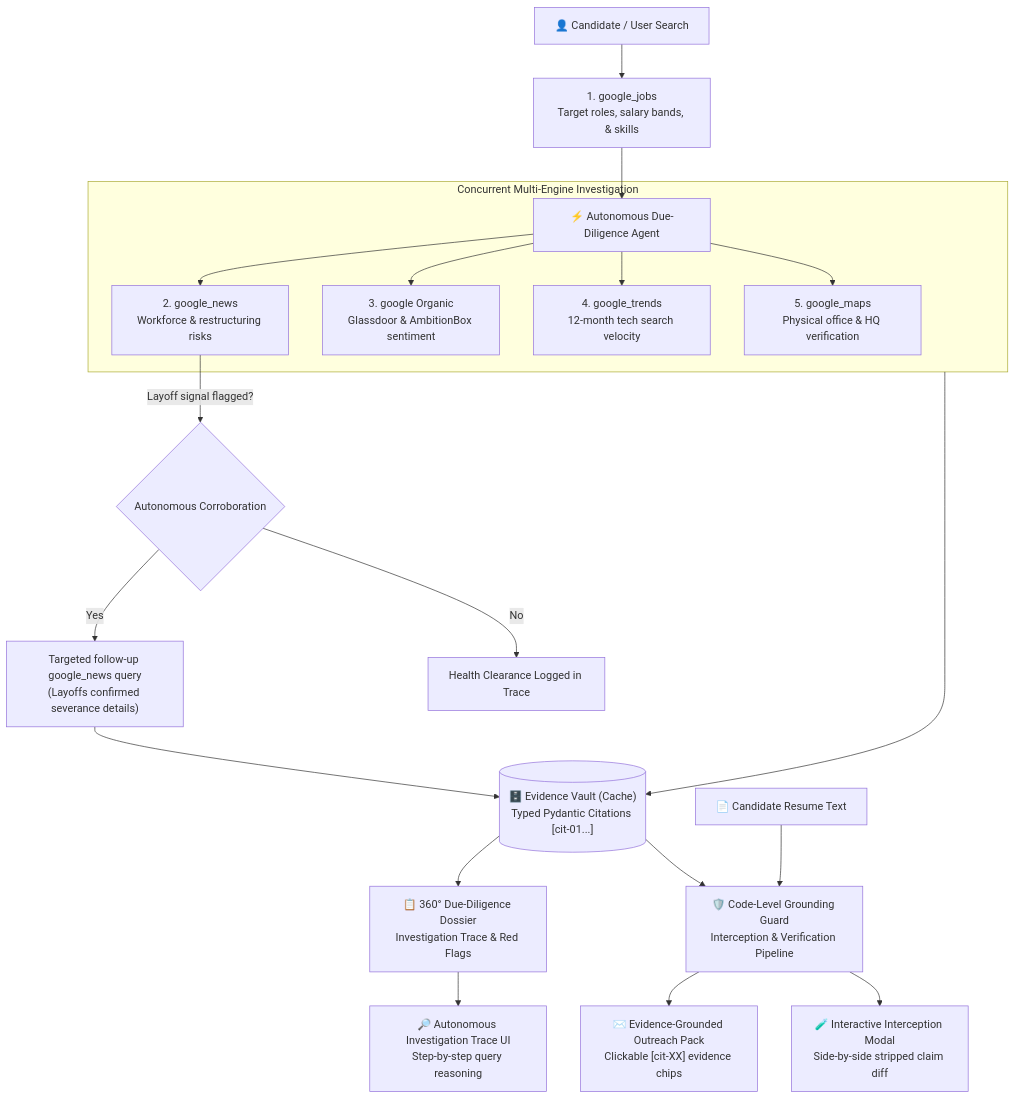
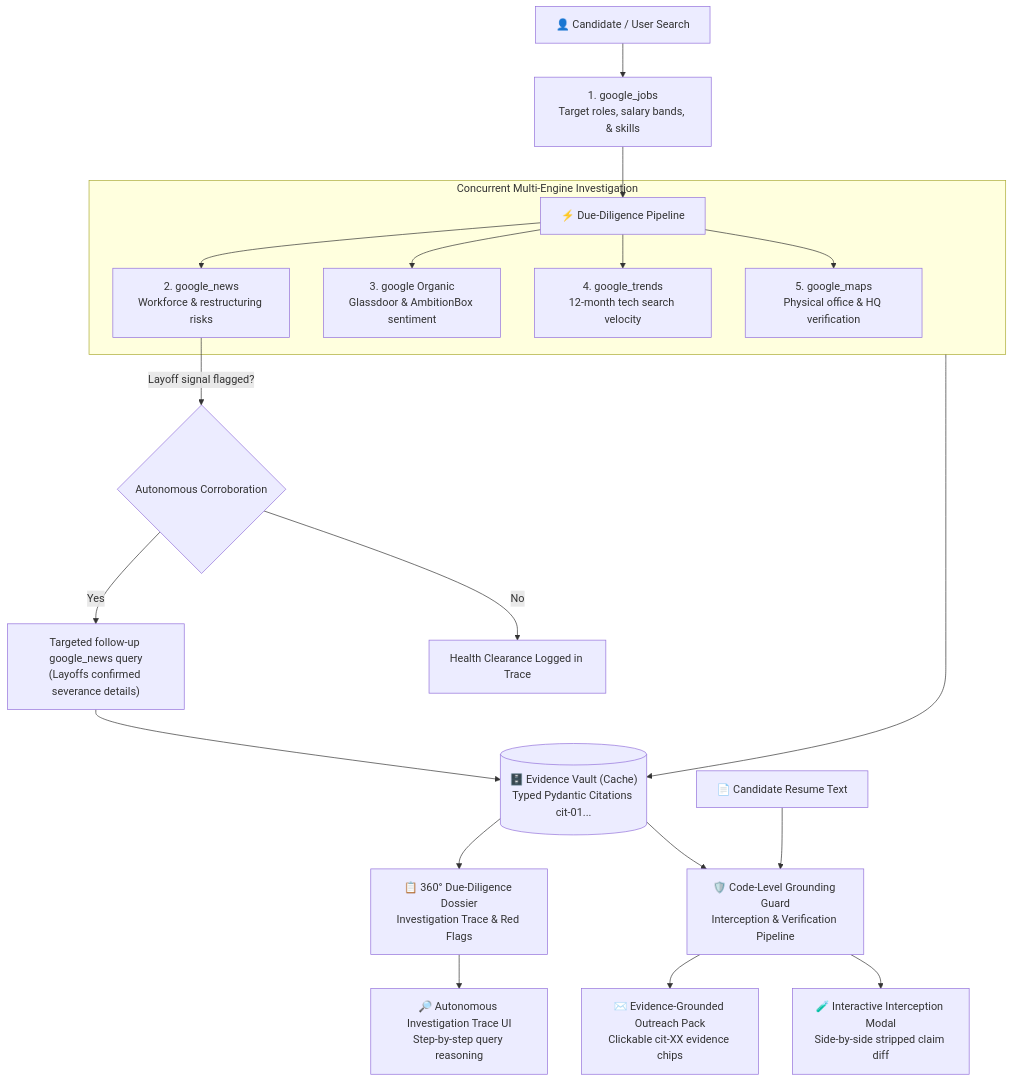
One commit to PrinceBad/Careerpulse-Ai changed the diagram in README.md. Above: the diagram before and after it, drawn with Mermaid. The commit also changed other lines of this file, not shown here.

````diff
--- a/README.md
+++ b/README.md
@@ -34,28 +33,28 @@
 ```mermaid
 flowchart TD
     User["👤 Candidate / User Search"] --> Radar["1. google_jobs<br/>Target roles, salary bands, & skills"]
-    Radar --> Agent["⚡ Autonomous Due-Diligence Agent"]
+    Radar --> Agent["⚡ Due-Diligence Pipeline"]
 
     subgraph ParallelEngines ["Concurrent Multi-Engine Investigation"]
         Agent --> News["2. google_news<br/>Workforce & restructuring risks"]
         Agent --> Org["3. google Organic<br/>Glassdoor & AmbitionBox sentiment"]
         Agent --> Trends["4. google_trends<br/>12-month tech search velocity"]
         Agent --> Maps["5. google_maps<br/>Physical office & HQ verification"]
     end
 
     News -->|Layoff signal flagged?| Corrob{"Autonomous Corroboration"}
     Corrob -->|Yes| CorrobNews["Targeted follow-up google_news query<br/>(Layoffs confirmed severance details)"]
     Corrob -->|No| Clearance["Health Clearance Logged in Trace"]
 
-    ParallelEngines --> Vault[("🗄️ Evidence Vault (Cache)<br/>Typed Pydantic Citations [cit-01...]")]
+    ParallelEngines --> Vault[("🗄️ Evidence Vault (Cache)<br/>Typed Pydantic Citations cit-01...")]
     CorrobNews --> Vault
 
     Vault --> Dossier["📋 360° Due-Diligence Dossier<br/>Investigation Trace & Red Flags"]
     Dossier --> TraceUI["🔎 Autonomous Investigation Trace UI<br/>Step-by-step query reasoning"]
 
     Vault --> Guard["🛡️ Code-Level Grounding Guard<br/>Interception & Verification Pipeline"]
     CandidateResume["📄 Candidate Resume Text"] --> Guard
 
-    Guard --> Outreach["✉️ Evidence-Grounded Outreach Pack<br/>Clickable [cit-XX] evidence chips"]
+    Guard --> Outreach["✉️ Evidence-Grounded Outreach Pack<br/>Clickable cit-XX evidence chips"]
     Guard --> GuardUI["🧪 Interactive Interception Modal<br/>Side-by-side stripped claim diff"]
 ```
````
